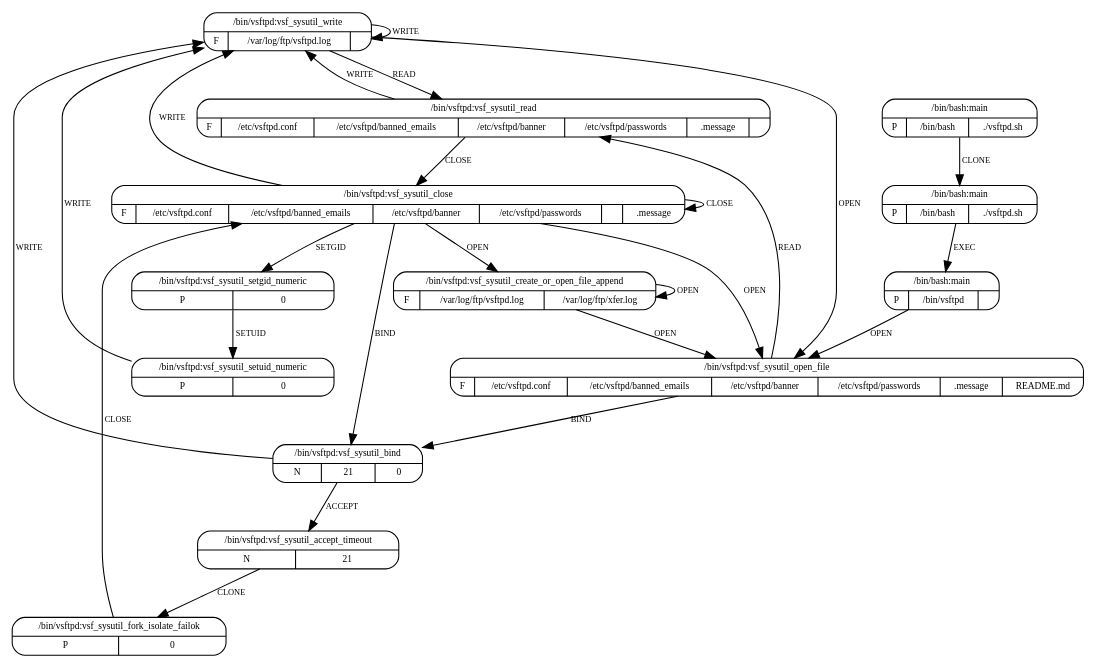
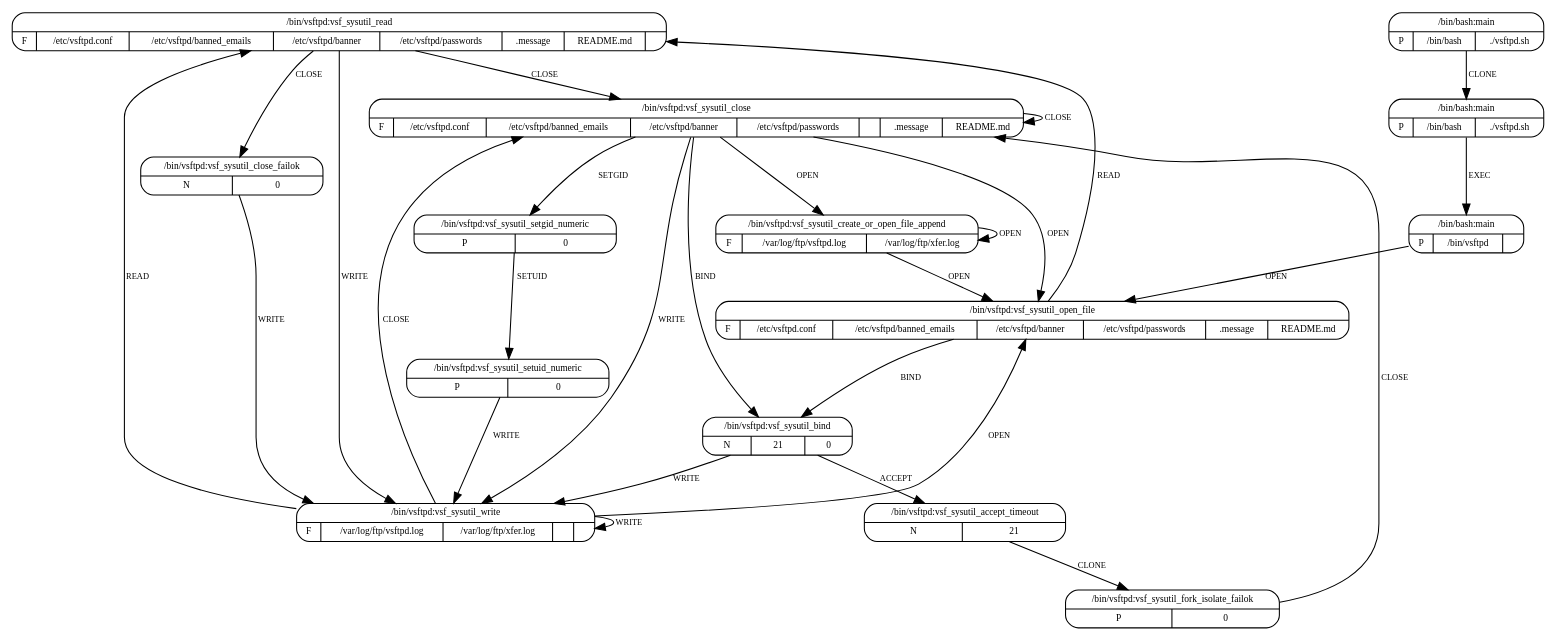
The diagram in plugins/mrm/resources/models/vsftpd.dot (sysflow-telemetry/upolicycraft), drawn with Graphviz before and after one commit. The commit also changed 4 other files, not shown here.

```diff
--- a/plugins/mrm/resources/models/vsftpd.dot
+++ b/plugins/mrm/resources/models/vsftpd.dot
@@ -1,60 +1,65 @@
 digraph G {
   3 [shape=Mrecord,
-     label="{{/bin/vsftpd:vsf_sysutil_write}|{F|{/var/log/ftp/vsftpd.log}|{}}}",
+     label="{{/bin/vsftpd:vsf_sysutil_read}|{F|{/etc/vsftpd.conf}|{/etc/vsftpd/banned_emails}|{/etc/vsftpd/banner}|{/etc/vsftpd/passwords}|{.message}|{README.md}|{}}}",
+     fontsize=9, ];
+  8 [shape=Mrecord,
+     label="{{/bin/vsftpd:vsf_sysutil_create_or_open_file_append}|{F|{/var/log/ftp/vsftpd.log}|{/var/log/ftp/xfer.log}}}",
      fontsize=9, ];
   5 [shape=Mrecord,
-     label="{{/bin/vsftpd:vsf_sysutil_close}|{F|{/etc/vsftpd.conf}|{/etc/vsftpd/banned_emails}|{/etc/vsftpd/banner}|{/etc/vsftpd/passwords}|{}|{.message}}}",
+     label="{{/bin/vsftpd:vsf_sysutil_close}|{F|{/etc/vsftpd.conf}|{/etc/vsftpd/banned_emails}|{/etc/vsftpd/banner}|{/etc/vsftpd/passwords}|{}|{.message}|{README.md}}}",
      fontsize=9, ];
-  4 [shape=Mrecord,
-     label="{{/bin/vsftpd:vsf_sysutil_read}|{F|{/etc/vsftpd.conf}|{/etc/vsftpd/banned_emails}|{/etc/vsftpd/banner}|{/etc/vsftpd/passwords}|{.message}|{}}}",
+  4 [shape=Mrecord, label="{{/bin/vsftpd:vsf_sysutil_close_failok}|{N|{0}}}",
      fontsize=9, ];
+  10 [shape=Mrecord, label="{{/bin/vsftpd:vsf_sysutil_bind}|{N|{21}|{0}}}",
+      fontsize=9, ];
+  12 [shape=Mrecord, label="{{/bin/vsftpd:vsf_sysutil_accept_timeout}|{N|{21}}}",
+      fontsize=9, ];
+  7 [shape=Mrecord, label="{{/bin/vsftpd:vsf_sysutil_setuid_numeric}|{P|0}}",
+     fontsize=9, ];
+  6 [shape=Mrecord, label="{{/bin/vsftpd:vsf_sysutil_setgid_numeric}|{P|0}}",
+     fontsize=9, ];
+  11 [shape=Mrecord,
+      label="{{/bin/vsftpd:vsf_sysutil_write}|{F|{/var/log/ftp/vsftpd.log}|{/var/log/ftp/xfer.log}|{}|{}}}",
+      fontsize=9, ];
+  13 [shape=Mrecord,
+      label="{{/bin/vsftpd:vsf_sysutil_fork_isolate_failok}|{P|0}}",
+      fontsize=9, ];
   9 [shape=Mrecord,
      label="{{/bin/vsftpd:vsf_sysutil_open_file}|{F|{/etc/vsftpd.conf}|{/etc/vsftpd/banned_emails}|{/etc/vsftpd/banner}|{/etc/vsftpd/passwords}|{.message}|{README.md}}}",
      fontsize=9, ];
-  10 [shape=Mrecord, label="{{/bin/vsftpd:vsf_sysutil_bind}|{N|{21}|{0}}}",
-      fontsize=9, ];
-  11 [shape=Mrecord, label="{{/bin/vsftpd:vsf_sysutil_accept_timeout}|{N|{21}}}",
-      fontsize=9, ];
-  8 [shape=Mrecord, label="{{/bin/vsftpd:vsf_sysutil_setuid_numeric}|{P|0}}",
-     fontsize=9, ];
-  7 [shape=Mrecord, label="{{/bin/vsftpd:vsf_sysutil_setgid_numeric}|{P|0}}",
-     fontsize=9, ];
-  6 [shape=Mrecord,
-     label="{{/bin/vsftpd:vsf_sysutil_create_or_open_file_append}|{F|{/var/log/ftp/vsftpd.log}|{/var/log/ftp/xfer.log}}}",
-     fontsize=9, ];
-  12 [shape=Mrecord,
-      label="{{/bin/vsftpd:vsf_sysutil_fork_isolate_failok}|{P|0}}",
-      fontsize=9, ];
   0 [shape=Mrecord, label="{{/bin/bash:main}|{P|/bin/bash|./vsftpd.sh}}",
      fontsize=9, ];
   1 [shape=Mrecord, label="{{/bin/bash:main}|{P|/bin/bash|./vsftpd.sh}}",
      fontsize=9, ];
   2 [shape=Mrecord, label="{{/bin/bash:main}|{P|/bin/vsftpd|}}", fontsize=9, ];
   
   
-  3 -> 3 [label="WRITE", fontsize=8, ];
-  3 -> 4 [label="READ", fontsize=8, ];
-  3 -> 9 [label="OPEN", fontsize=8, ];
-  5 -> 3 [label="WRITE", fontsize=8, ];
+  3 -> 5 [label="CLOSE", fontsize=8, ];
+  3 -> 4 [label="CLOSE", fontsize=8, ];
+  3 -> 11 [label="WRITE", fontsize=8, ];
+  8 -> 8 [label="OPEN", fontsize=8, ];
+  8 -> 9 [label="OPEN", fontsize=8, ];
+  5 -> 8 [label="OPEN", fontsize=8, ];
   5 -> 5 [label="CLOSE", fontsize=8, ];
+  5 -> 10 [label="BIND", fontsize=8, ];
+  5 -> 6 [label="SETGID", fontsize=8, ];
+  5 -> 11 [label="WRITE", fontsize=8, ];
   5 -> 9 [label="OPEN", fontsize=8, ];
-  5 -> 10 [label="BIND", fontsize=8, ];
-  5 -> 7 [label="SETGID", fontsize=8, ];
-  5 -> 6 [label="OPEN", fontsize=8, ];
-  4 -> 3 [label="WRITE", fontsize=8, ];
-  4 -> 5 [label="CLOSE", fontsize=8, ];
-  9 -> 4 [label="READ", fontsize=8, ];
+  4 -> 11 [label="WRITE", fontsize=8, ];
+  10 -> 12 [label="ACCEPT", fontsize=8, ];
+  10 -> 11 [label="WRITE", fontsize=8, ];
+  12 -> 13 [label="CLONE", fontsize=8, ];
+  7 -> 11 [label="WRITE", fontsize=8, ];
+  6 -> 7 [label="SETUID", fontsize=8, ];
+  11 -> 3 [label="READ", fontsize=8, ];
+  11 -> 5 [label="CLOSE", fontsize=8, ];
+  11 -> 11 [label="WRITE", fontsize=8, ];
+  11 -> 9 [label="OPEN", fontsize=8, ];
+  13 -> 5 [label="CLOSE", fontsize=8, ];
+  9 -> 3 [label="READ", fontsize=8, ];
   9 -> 10 [label="BIND", fontsize=8, ];
-  10 -> 3 [label="WRITE", fontsize=8, ];
-  10 -> 11 [label="ACCEPT", fontsize=8, ];
-  11 -> 12 [label="CLONE", fontsize=8, ];
-  8 -> 3 [label="WRITE", fontsize=8, ];
-  7 -> 8 [label="SETUID", fontsize=8, ];
-  6 -> 9 [label="OPEN", fontsize=8, ];
-  6 -> 6 [label="OPEN", fontsize=8, ];
-  12 -> 5 [label="CLOSE", fontsize=8, ];
   0 -> 1 [label="CLONE", fontsize=8, ];
   1 -> 2 [label="EXEC", fontsize=8, ];
   2 -> 9 [label="OPEN", fontsize=8, ];
   
   }
```
